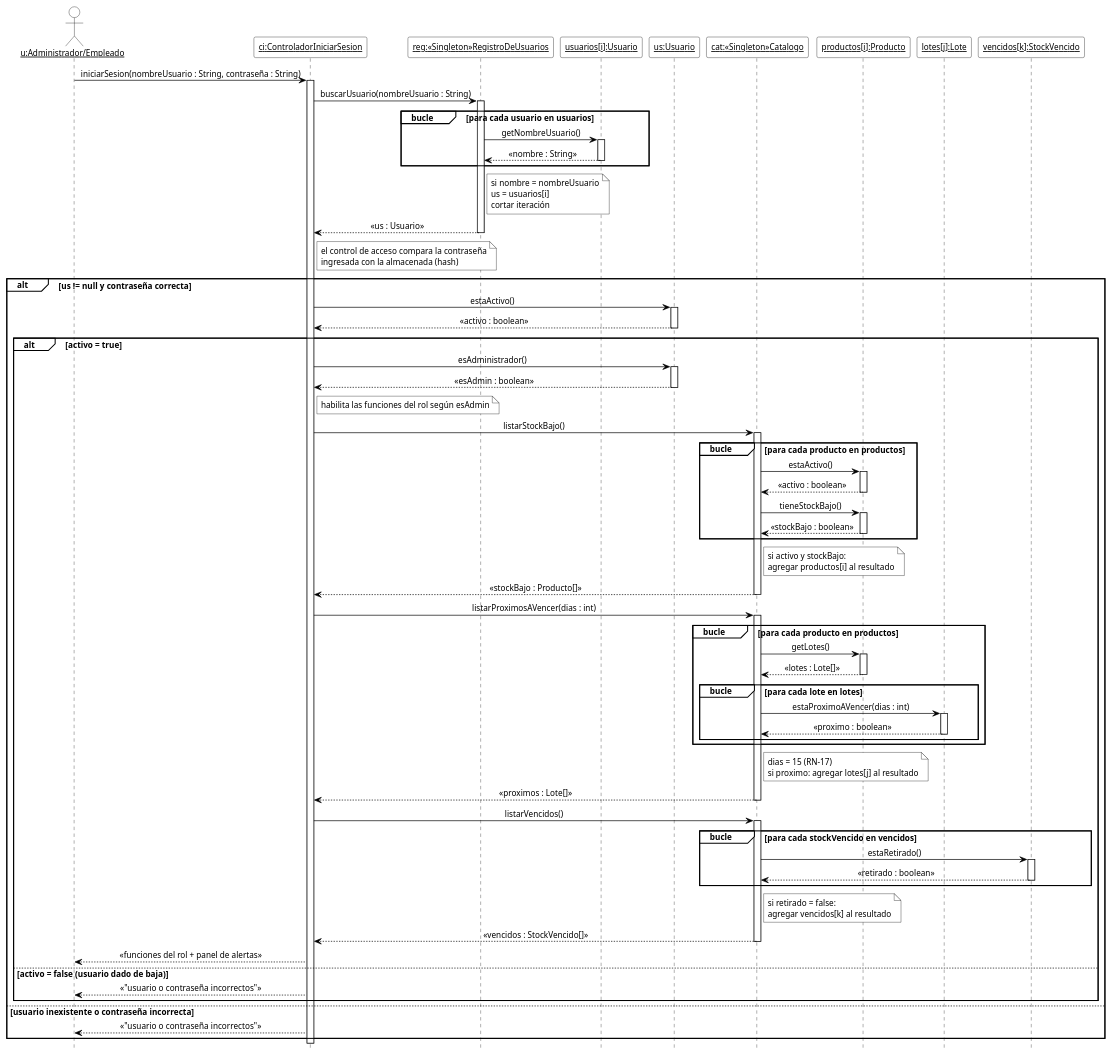
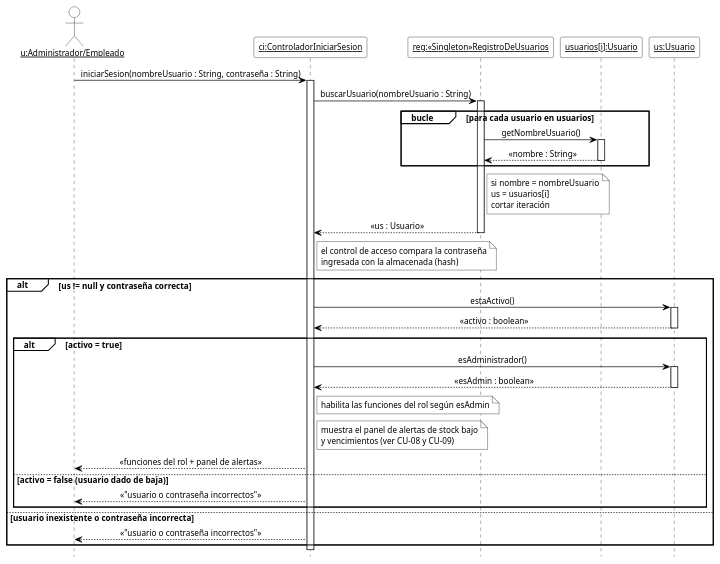
Before and after one commit to cirotop/Stock-Project: the diagram in 08-Diagrama De Secuencia/DSD_CU-01_iniciarSesion.puml, drawn with PlantUML. The commit also changed 2 other files, not shown here.

```diff
--- a/08-Diagrama De Secuencia/DSD_CU-01_iniciarSesion.puml
+++ b/08-Diagrama De Secuencia/DSD_CU-01_iniciarSesion.puml
@@ -1,90 +1,60 @@
 @startuml DSD_CU-01_iniciarSesion
 ' Diagrama de Secuencia de Diseño (DSD) - CU-01 Iniciar sesión - iniciarSesion
 ' Estilo de los ejemplos de la teoría (introducirArticulo / crearNuevaVenta).
 hide footbox
 skinparam shadowing false
 skinparam defaultFontName Arial
 skinparam defaultFontSize 12
 skinparam sequenceMessageAlign center
 skinparam ArrowColor black
 skinparam ParticipantBackgroundColor white
 skinparam ParticipantBorderColor black
 skinparam CollectionsBackgroundColor white
 skinparam CollectionsBorderColor black
 skinparam ActorBackgroundColor white
 skinparam ActorBorderColor black
 skinparam LifeLineBorderColor black
 skinparam LifeLineBackgroundColor white
 skinparam SequenceGroupBackgroundColor white
 skinparam SequenceGroupBorderColor black
 skinparam SequenceGroupHeaderFontColor black
 skinparam NoteBackgroundColor white
 skinparam NoteBorderColor black
 
 actor "<u>u:Administrador/Empleado</u>" as u
 participant "<u>ci:ControladorIniciarSesion</u>" as ci
 participant "<u>reg:«Singleton»RegistroDeUsuarios</u>" as reg
 participant "<u>usuarios[i]:Usuario</u>" as ui
 participant "<u>us:Usuario</u>" as us
-participant "<u>cat:«Singleton»Catalogo</u>" as cat
-participant "<u>productos[i]:Producto</u>" as pi
-participant "<u>lotes[j]:Lote</u>" as li
-participant "<u>vencidos[k]:StockVencido</u>" as vi
 
 u -> ci ++ : iniciarSesion(nombreUsuario : String, contraseña : String)
 ci -> reg ++ : buscarUsuario(nombreUsuario : String)
 group bucle [para cada usuario en usuarios]
   reg -> ui ++ : getNombreUsuario()
   ui --> reg -- : «nombre : String»
 end
 note right of reg
   si nombre = nombreUsuario
   us = usuarios[i]
   cortar iteración
 end note
 reg --> ci -- : «us : Usuario»
 note right of ci : el control de acceso compara la contraseña\ningresada con la almacenada (hash)
 alt us != null y contraseña correcta
   ci -> us ++ : estaActivo()
   us --> ci -- : «activo : boolean»
   alt activo = true
     ci -> us ++ : esAdministrador()
     us --> ci -- : «esAdmin : boolean»
     note right of ci : habilita las funciones del rol según esAdmin
-    ci -> cat ++ : listarStockBajo()
-    group bucle [para cada producto en productos]
-      cat -> pi ++ : estaActivo()
-      pi --> cat -- : «activo : boolean»
-      cat -> pi ++ : tieneStockBajo()
-      pi --> cat -- : «stockBajo : boolean»
-    end
-    note right of cat : si activo y stockBajo:\nagregar productos[i] al resultado
-    cat --> ci -- : «stockBajo : Producto[]»
-    ci -> cat ++ : listarProximosAVencer(dias : int)
-    group bucle [para cada producto en productos]
-      cat -> pi ++ : getLotes()
-      pi --> cat -- : «lotes : Lote[]»
-      group bucle [para cada lote en lotes]
-        cat -> li ++ : estaProximoAVencer(dias : int)
-        li --> cat -- : «proximo : boolean»
-      end
-    end
-    note right of cat : dias = 15 (RN-17)\nsi proximo: agregar lotes[j] al resultado
-    cat --> ci -- : «proximos : Lote[]»
-    ci -> cat ++ : listarVencidos()
-    group bucle [para cada stockVencido en vencidos]
-      cat -> vi ++ : estaRetirado()
-      vi --> cat -- : «retirado : boolean»
-    end
-    note right of cat : si retirado = false:\nagregar vencidos[k] al resultado
-    cat --> ci -- : «vencidos : StockVencido[]»
+    note right of ci : muestra el panel de alertas de stock bajo\ny vencimientos (ver CU-08 y CU-09)
     ci --> u : «funciones del rol + panel de alertas»
   else activo = false (usuario dado de baja)
     ci --> u : «"usuario o contraseña incorrectos"»
   end
 else usuario inexistente o contraseña incorrecta
   ci --> u : «"usuario o contraseña incorrectos"»
 end
 deactivate ci
 
 @enduml
```
